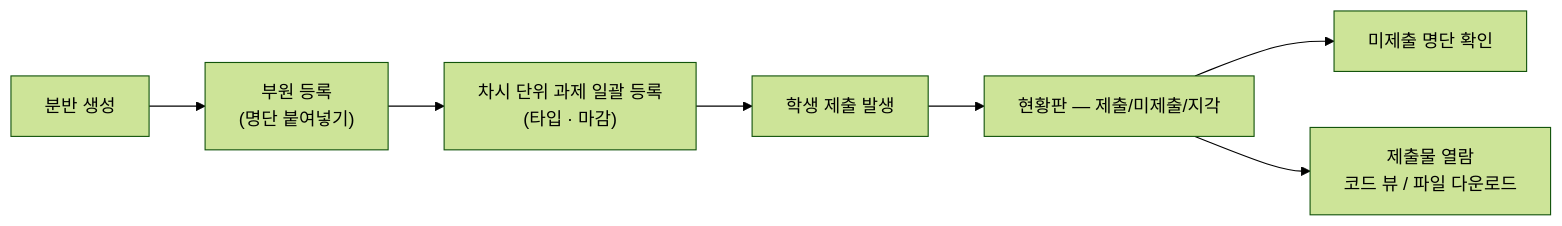
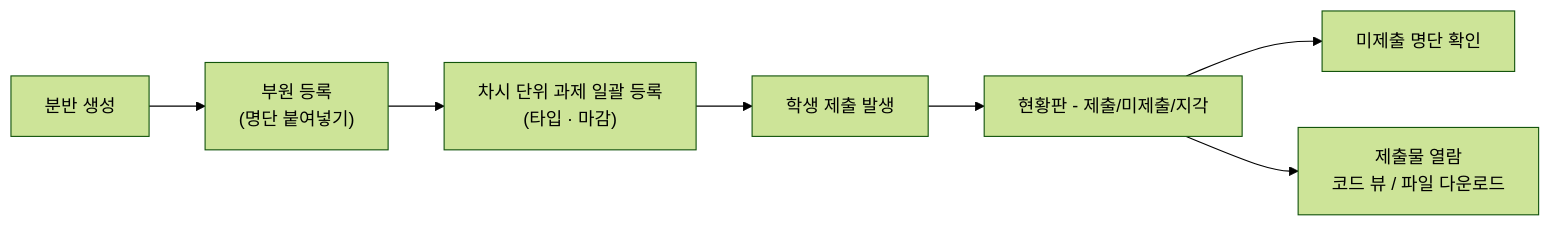
Before and after one commit to KNU-HAEDAL-Website-v3/haedal-online-judge-docs: the third of 3 diagrams in docs/flows-and-usecases.md, drawn with Mermaid (forest theme). The commit also changed other lines of this file and 15 other files, not shown here.

````diff
--- a/docs/flows-and-usecases.md
+++ b/docs/flows-and-usecases.md
@@ -67,9 +67,9 @@
 ```mermaid
 flowchart LR
     A["분반 생성"] --> B["부원 등록\n(명단 붙여넣기)"]
     B --> C["차시 단위 과제 일괄 등록\n(타입 · 마감)"]
     C --> D["학생 제출 발생"]
-    D --> E["현황판 — 제출/미제출/지각"]
+    D --> E["현황판 - 제출/미제출/지각"]
     E --> F["미제출 명단 확인"]
     E --> G["제출물 열람\n코드 뷰 / 파일 다운로드"]
 ```
````
